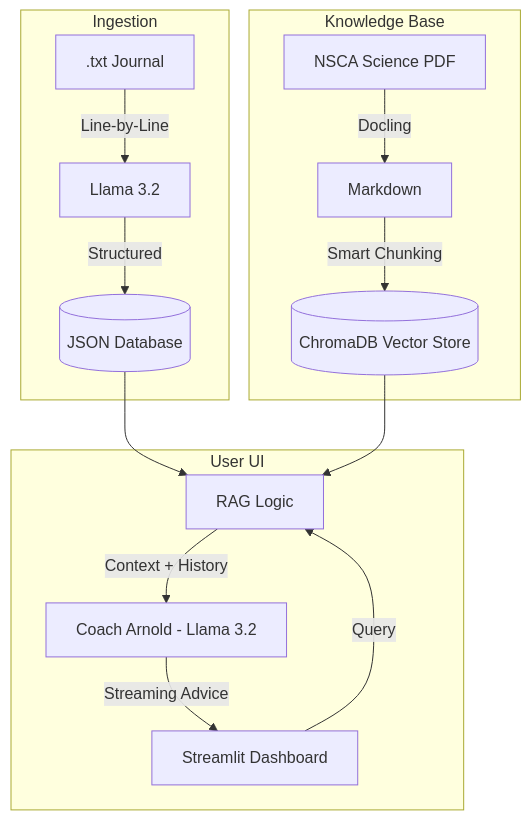
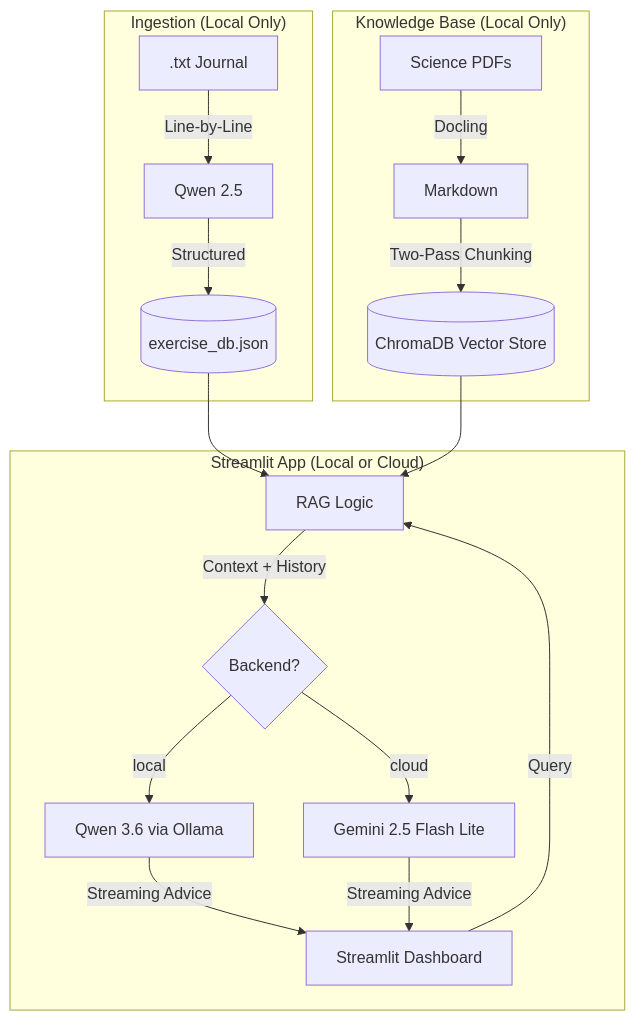
The diagram in README.md (ygyzys83/gym-rag-app), drawn with Mermaid before and after one commit. The commit also changed other lines of this file and 8 other files, not shown here.

Commit message:
Updates to app: 1) Coach model uses local or cloud path 2) Ability to add exercise day through Streamlit UI (locally)

````diff
--- a/README.md
+++ b/README.md
@@ -13,20 +13,23 @@
 ```mermaid
 graph TD
-    subgraph Ingestion
-        A[.txt Journal] -->|Line-by-Line| B[Llama 3.2]
-        B -->|Structured| C[(JSON Database)]
+    subgraph Ingestion ["Ingestion (Local Only)"]
+        A[.txt Journal] -->|Line-by-Line| B[Qwen 2.5]
+        B -->|Structured| C[(exercise_db.json)]
     end
 
-    subgraph Knowledge Base
-        D[NSCA Science PDF] -->|Docling| E[Markdown]
-        E -->|Smart Chunking| F[(ChromaDB Vector Store)]
+    subgraph Knowledge Base ["Knowledge Base (Local Only)"]
+        D[Science PDFs] -->|Docling| E[Markdown]
+        E -->|Two-Pass Chunking| F[(ChromaDB Vector Store)]
     end
 
-    subgraph User UI
+    subgraph User UI ["Streamlit App (Local or Cloud)"]
         G[Streamlit Dashboard] -->|Query| H[RAG Logic]
         C --> H
         F --> H
-        H -->|Context + History| I[Coach Arnold - Llama 3.2]
-        I -->|Streaming Advice| G
+        H -->|Context + History| I{Backend?}
+        I -->|local| J[Qwen 3.6 via Ollama]
+        I -->|cloud| K[Gemini 2.5 Flash Lite]
+        J -->|Streaming Advice| G
+        K -->|Streaming Advice| G
     end
 ```
````
